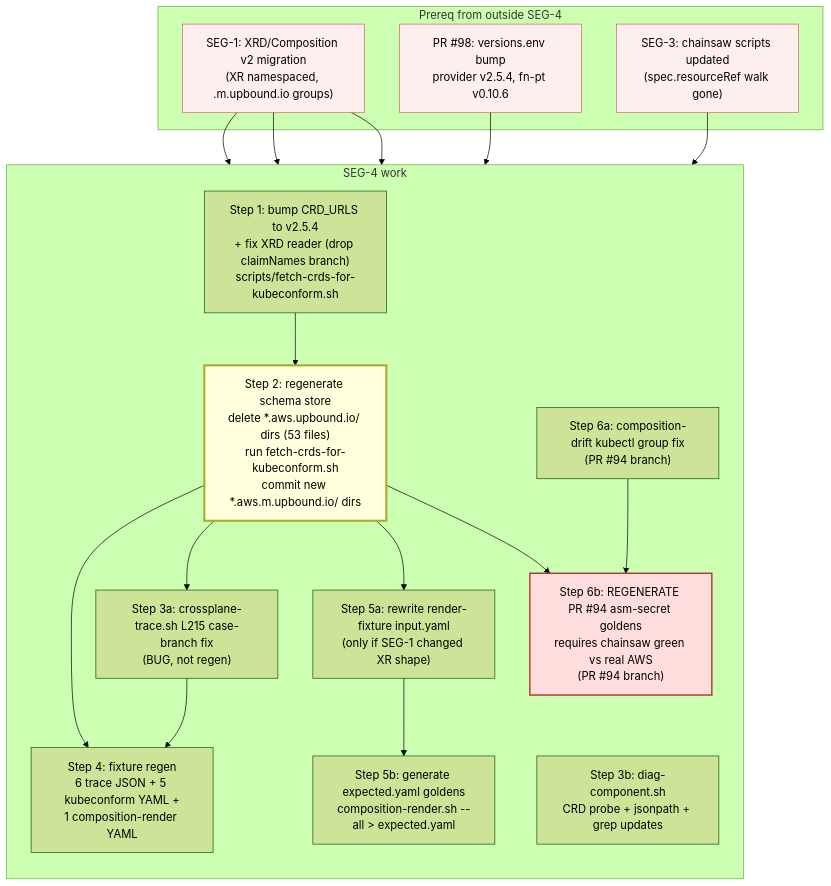
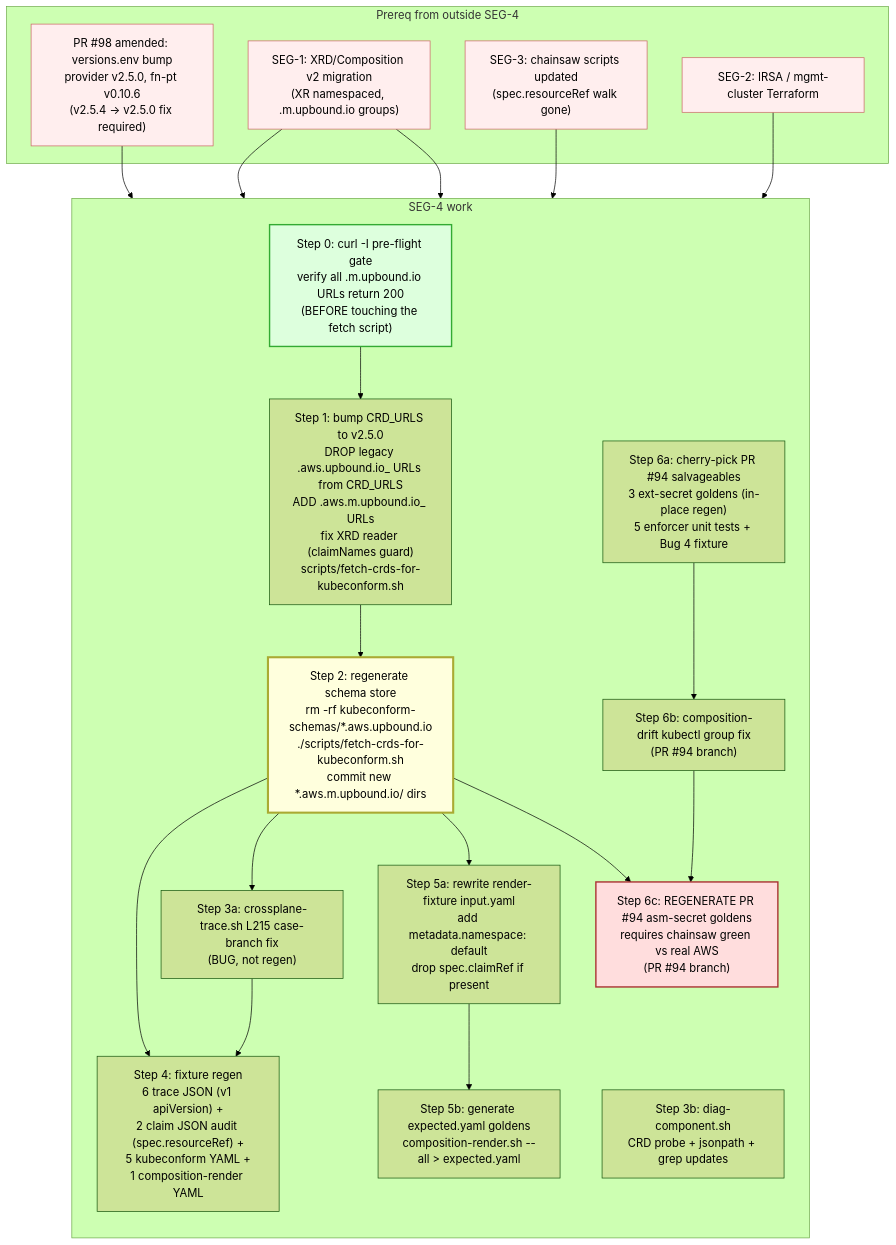
The diagram in ai/crossplane-v1-v2-un-fuckify/20-plan-SEG-4-tooling-regen.md (lago-morph/k8-platform), drawn with Mermaid (forest theme) before and after one commit. The commit also changed other lines of this file, not shown here.

First line of the commit message:
v2 migration: SEG-4 R2 revision — POST-REVIEW-R1

````diff
--- a/ai/crossplane-v1-v2-un-fuckify/20-plan-SEG-4-tooling-regen.md
+++ b/ai/crossplane-v1-v2-un-fuckify/20-plan-SEG-4-tooling-regen.md
@@ -170,42 +249,49 @@
 ```mermaid
 flowchart TD
   subgraph A["Prereq from outside SEG-4"]
+    PR98["PR #98 amended: versions.env bump<br/>provider v2.5.0, fn-pt v0.10.6<br/>(v2.5.4 → v2.5.0 fix required)"]
     SEG1["SEG-1: XRD/Composition v2 migration<br/>(XR namespaced, .m.upbound.io groups)"]
-    PR98["PR #98: versions.env bump<br/>provider v2.5.4, fn-pt v0.10.6"]
     SEG3["SEG-3: chainsaw scripts updated<br/>(spec.resourceRef walk gone)"]
+    SEG2["SEG-2: IRSA / mgmt-cluster Terraform"]
   end
 
   subgraph B["SEG-4 work"]
     direction TB
-    URLs["Step 1: bump CRD_URLS to v2.5.4<br/>+ fix XRD reader (drop claimNames branch)<br/>scripts/fetch-crds-for-kubeconform.sh"]
-    Store["Step 2: regenerate schema store<br/>delete *.aws.upbound.io/ dirs (53 files)<br/>run fetch-crds-for-kubeconform.sh<br/>commit new *.aws.m.upbound.io/ dirs"]
+    Preflight["Step 0: curl -I pre-flight gate<br/>verify all .m.upbound.io URLs return 200<br/>(BEFORE touching the fetch script)"]
+    URLs["Step 1: bump CRD_URLS to v2.5.0<br/>DROP legacy .aws.upbound.io_ URLs from CRD_URLS<br/>ADD .aws.m.upbound.io_ URLs<br/>fix XRD reader (claimNames guard)<br/>scripts/fetch-crds-for-kubeconform.sh"]
+    Store["Step 2: regenerate schema store<br/>rm -rf kubeconform-schemas/*.aws.upbound.io<br/>./scripts/fetch-crds-for-kubeconform.sh<br/>commit new *.aws.m.upbound.io/ dirs"]
     TraceFix["Step 3a: crossplane-trace.sh L215 case-branch fix<br/>(BUG, not regen)"]
     DiagFix["Step 3b: diag-component.sh<br/>CRD probe + jsonpath + grep updates"]
-    Fixtures["Step 4: fixture regen<br/>6 trace JSON + 5 kubeconform YAML +<br/>1 composition-render YAML"]
-    RenderInputs["Step 5a: rewrite render-fixture input.yaml<br/>(only if SEG-1 changed XR shape)"]
+    Fixtures["Step 4: fixture regen<br/>6 trace JSON (v1 apiVersion) +<br/>2 claim JSON audit (spec.resourceRef) +<br/>5 kubeconform YAML +<br/>1 composition-render YAML"]
+    RenderInputs["Step 5a: rewrite render-fixture input.yaml<br/>add metadata.namespace: default<br/>drop spec.claimRef if present"]
     RenderGoldens["Step 5b: generate expected.yaml goldens<br/>composition-render.sh --all > expected.yaml"]
-    C4Meta["Step 6a: composition-drift kubectl group fix<br/>(PR #94 branch)"]
-    C4Goldens["Step 6b: REGENERATE PR #94 asm-secret goldens<br/>requires chainsaw green vs real AWS<br/>(PR #94 branch)"]
+    C4Salvage["Step 6a: cherry-pick PR #94 salvageables<br/>3 ext-secret goldens (in-place regen)<br/>5 enforcer unit tests + Bug 4 fixture"]
+    C4Meta["Step 6b: composition-drift kubectl group fix<br/>(PR #94 branch)"]
+    C4Goldens["Step 6c: REGENERATE PR #94 asm-secret goldens<br/>requires chainsaw green vs real AWS<br/>(PR #94 branch)"]
   end
 
-  SEG1 --> URLs
-  PR98 --> URLs
+  PR98 --> Preflight
+  Preflight --> URLs
   URLs --> Store
   Store --> Fixtures
   Store --> TraceFix
   TraceFix --> Fixtures
   SEG1 --> RenderInputs
   Store --> RenderInputs
   RenderInputs --> RenderGoldens
+  C4Salvage --> C4Meta
   SEG1 --> C4Goldens
   SEG3 --> C4Goldens
+  SEG2 --> C4Goldens
   Store --> C4Goldens
   C4Meta --> C4Goldens
 
   classDef ext fill:#fee,stroke:#c66
   classDef hinge fill:#ffd,stroke:#aa3,stroke-width:3px
   classDef risk fill:#fdd,stroke:#a33,stroke-width:2px
-  class SEG1,PR98,SEG3 ext
+  classDef gate fill:#dfd,stroke:#3a3,stroke-width:2px
+  class SEG1,PR98,SEG3,SEG2 ext
   class Store hinge
   class C4Goldens risk
+  class Preflight gate
 ```
````
